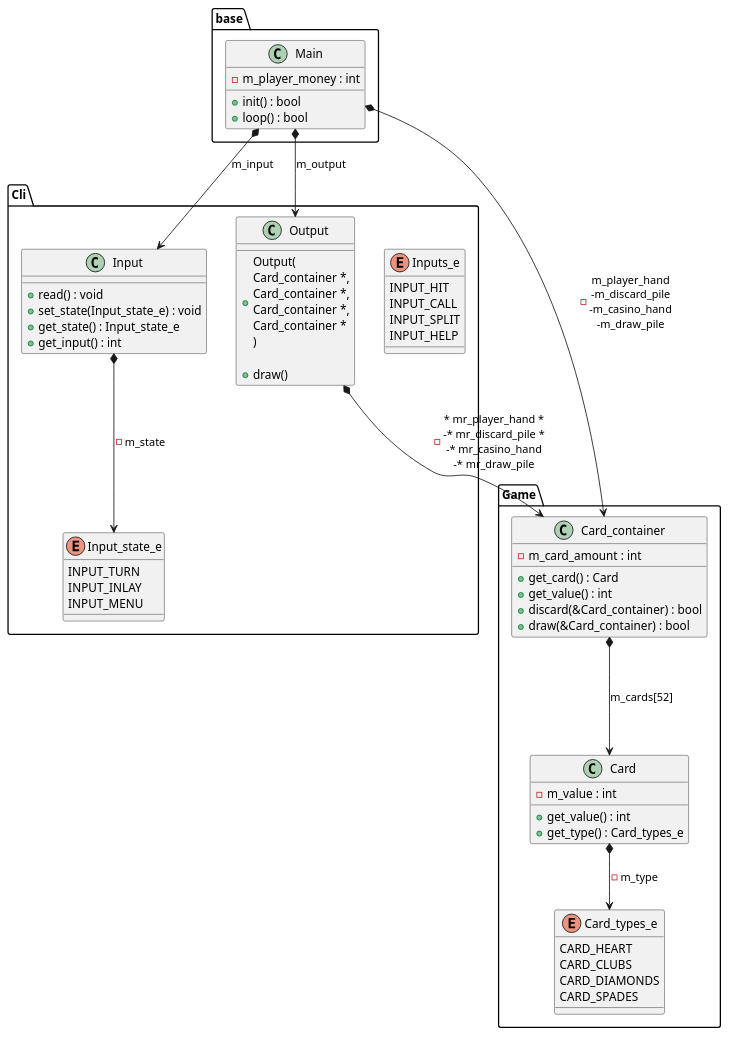
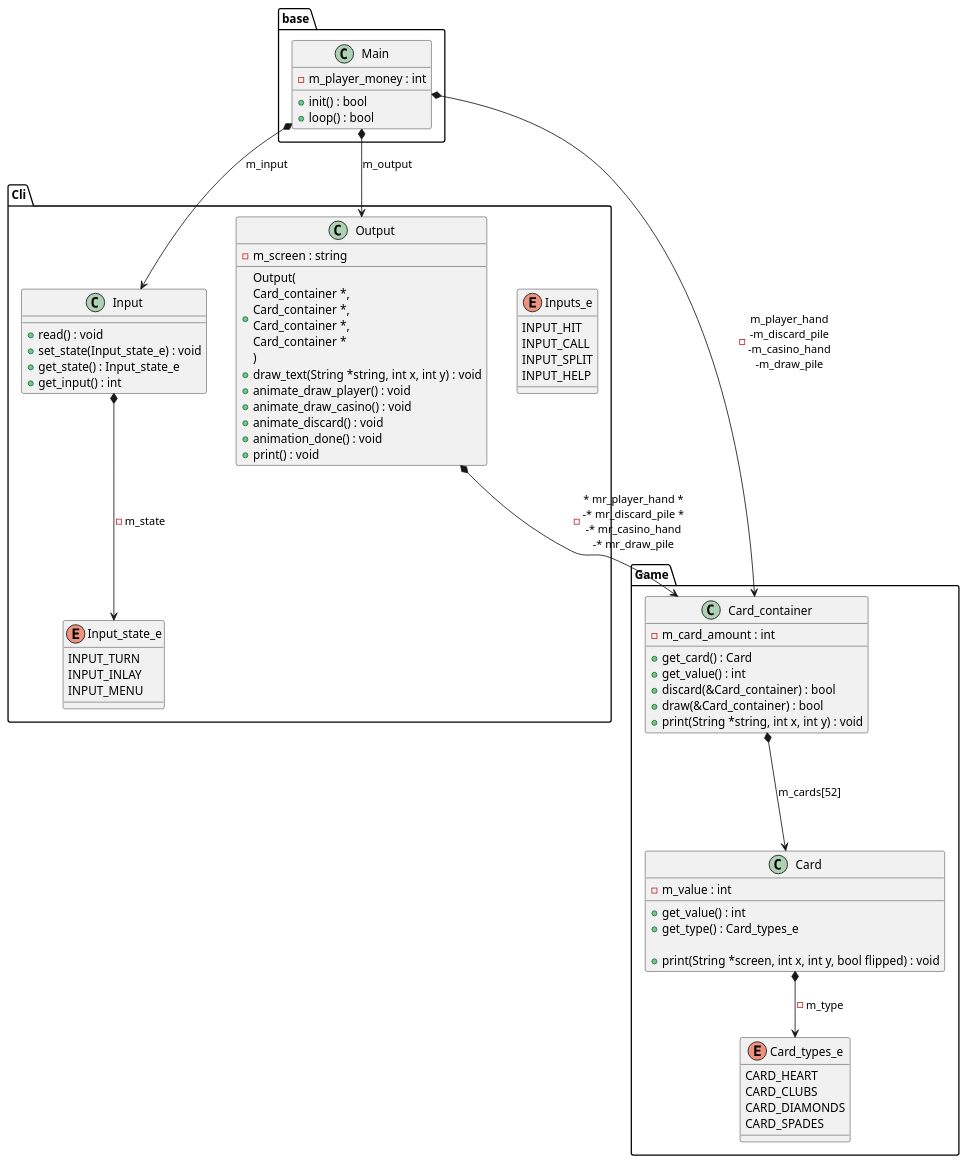
Before and after one commit to Noud-Janssen/oop_blackjack: the diagram in docs/class_diagram.wsd, drawn with PlantUML. The commit also changed 1 other file, not shown here.

```diff
--- a/docs/class_diagram.wsd
+++ b/docs/class_diagram.wsd
@@ -1,78 +1,86 @@
 @startuml class_diagram
 
 package base {
     class Main {
         -m_player_money : int
         +init() : bool
         +loop() : bool
     }
 }
 
 package Cli {
     enum Input_state_e {
         INPUT_TURN
         INPUT_INLAY
         INPUT_MENU
     }
 
     enum Inputs_e {
         INPUT_HIT
         INPUT_CALL
         INPUT_SPLIT
         INPUT_HELP
     }
 
     class Input {
         +read() : void
         +set_state(Input_state_e) : void
         +get_state() : Input_state_e
         +get_input() : int
     }
 
 
     class Output {
+		-m_screen : string
         +Output(\nCard_container *,\nCard_container *,\nCard_container *,\nCard_container *\n)
-
-        +draw()
+		+draw_text(String *string, int x, int y) : void
+		+animate_draw_player() : void
+		+animate_draw_casino() : void
+		+animate_discard() : void
+		+animation_done() : void
+        +print() : void
     }
 }
 
 Input *--> Input_state_e : -m_state
 
 package Game {
     enum Card_types_e {
         CARD_HEART
         CARD_CLUBS
         CARD_DIAMONDS
         CARD_SPADES
     }
 
     class Card_container {
         -m_card_amount : int
         +get_card() : Card
         +get_value() : int
         +discard(&Card_container) : bool
         +draw(&Card_container) : bool
+		+print(String *string, int x, int y) : void
     }
 
     class Card {
         -m_value : int
         +get_value() : int
         +get_type() : Card_types_e
-    }
+
+		+print(String *screen, int x, int y, bool flipped) : void
+	}
 
     Card *--> Card_types_e : -m_type
     Card_container *---> Card : m_cards[52]
 
 }
 
 
 
 Main *--> Card_container : -m_player_hand\n-m_discard_pile\n-m_casino_hand\n-m_draw_pile
 Main *--> Input : m_input
 Main *--> Output : m_output
 
 Output *--> Card_container : -* mr_player_hand *\n-* mr_discard_pile *\n-* mr_casino_hand\n-* mr_draw_pile
 
 
 @enduml
```
